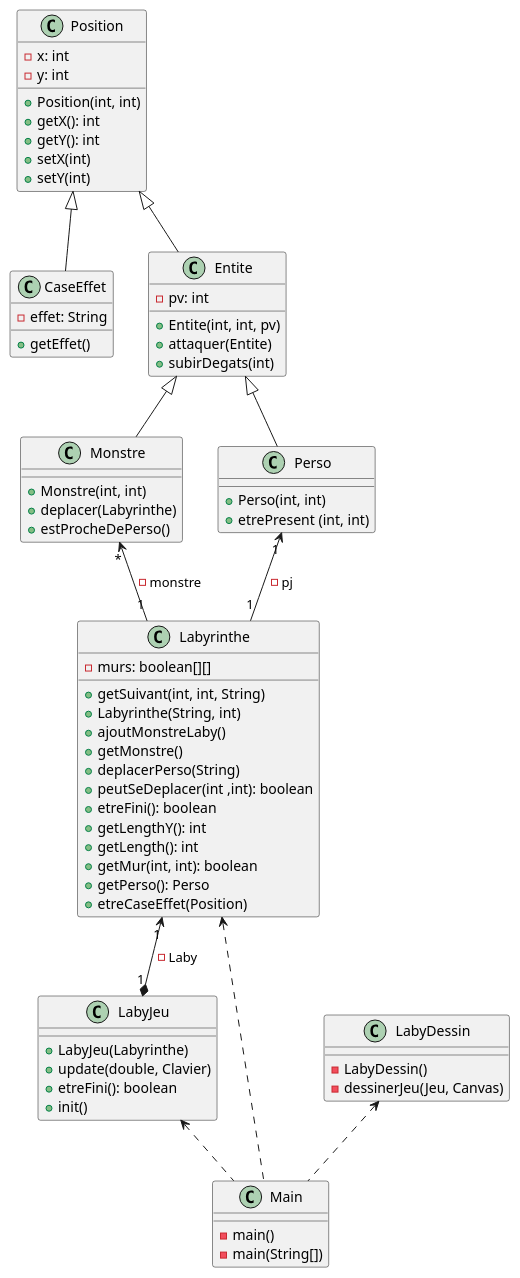
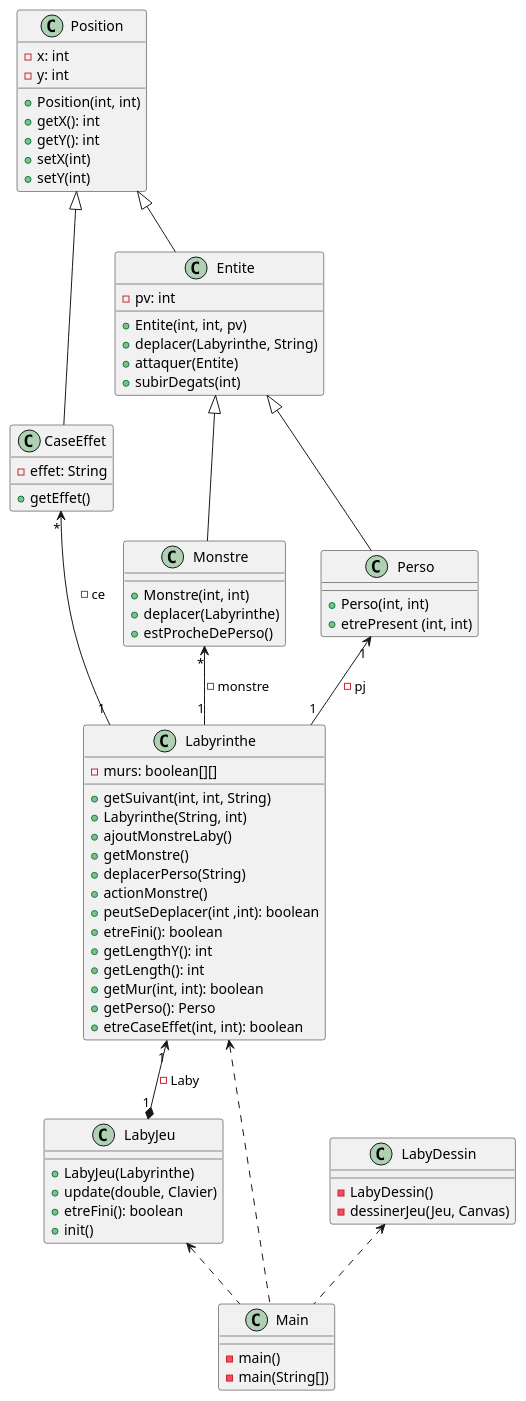
One commit to Erwanquilliou/2024_Zeldiablo_quilliou2u_leveque58u changed the diagram in zeldiablo/documents/version_3/diagclass_v3_global.puml. Above: the diagram before and after it, drawn with PlantUML.

Commit message:
diagclass global v3

```diff
--- a/zeldiablo/documents/version_3/diagclass_v3_global.puml
+++ b/zeldiablo/documents/version_3/diagclass_v3_global.puml
@@ -1,86 +1,89 @@
 @startuml
 class Position {
 - x: int
 - y: int
 + Position(int, int)
 + getX(): int
 + getY(): int
 + setX(int)
 + setY(int)
 }
 
 class CaseEffet {
 - effet: String
 + getEffet()
 }
 
 Position <|-- CaseEffet
 
 Position <|-- Entite
 
 class Entite {
 - pv: int
 + Entite(int, int, pv)
++ deplacer(Labyrinthe, String)
 + attaquer(Entite)
 + subirDegats(int)
 }
 
 Entite <|-- Monstre
 
 class Monstre{
 + Monstre(int, int)
 + deplacer(Labyrinthe)
 + estProcheDePerso()
 }
 
 Entite <|-- Perso
 
 class Perso{
 + Perso(int, int)
 + etrePresent (int, int)
 }
 
 Monstre "*" <-- "1" Labyrinthe : -monstre
 Perso "1" <-- "1" Labyrinthe : - pj
+CaseEffet "*" <-- "1" Labyrinthe : - ce
 
 class Labyrinthe {
 - murs: boolean[][]
 + getSuivant(int, int, String)
 + Labyrinthe(String, int)
 + ajoutMonstreLaby()
 + getMonstre()
 + deplacerPerso(String)
++ actionMonstre()
 + peutSeDeplacer(int ,int): boolean
 + etreFini(): boolean
 + getLengthY(): int
 + getLength(): int
 + getMur(int, int): boolean
 + getPerso(): Perso
-+ etreCaseEffet(Position)
++ etreCaseEffet(int, int): boolean
 }
 
 Labyrinthe "1" <--* "1" LabyJeu : - Laby
 
 class LabyJeu{
 + LabyJeu(Labyrinthe)
 + update(double, Clavier)
 + etreFini(): boolean
 + init()
 }
 
 LabyJeu <.. Main
 
 class Main{
 - main()
 - main(String[])
 }
 
 Labyrinthe <.. Main
 LabyDessin <.. Main
 
 class LabyDessin{
 - LabyDessin()
 - dessinerJeu(Jeu, Canvas)
 }
 
 @enduml
```
